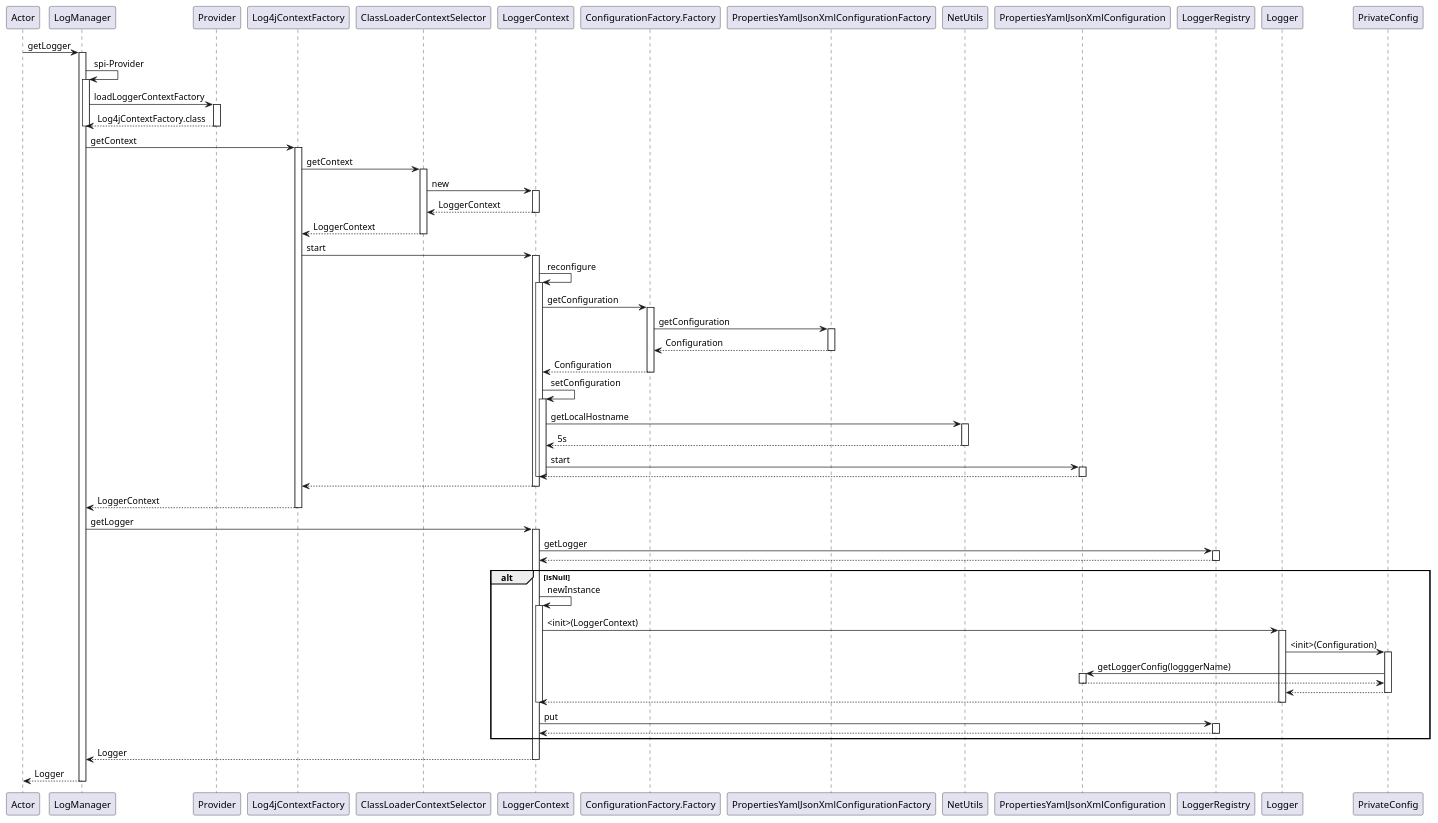
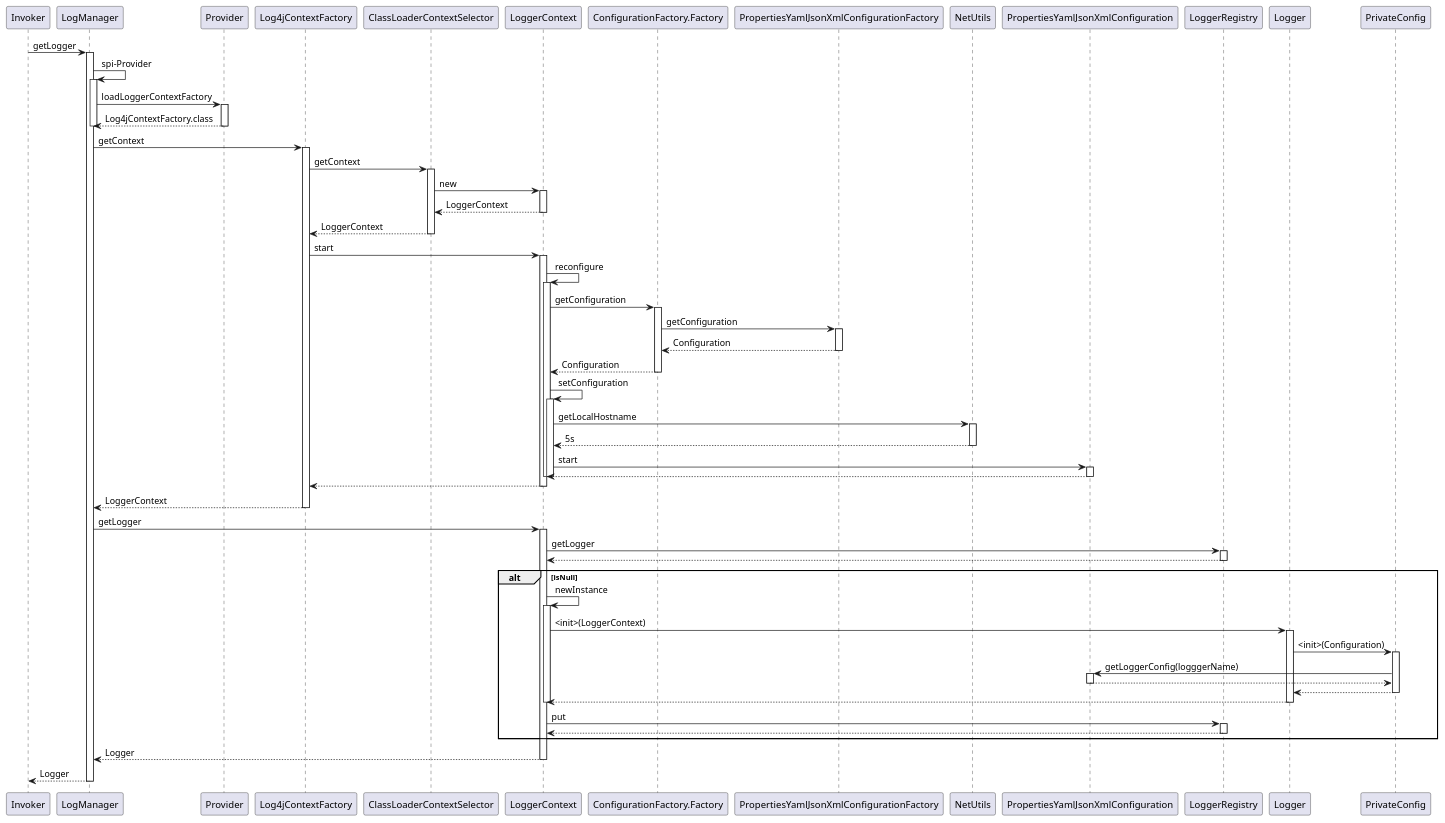
One commit to Kuojian21/kj-repo changed the diagram in kj-repo-doc/src/main/java/com/kj/repo/doc/logger/log4j2_init.puml. Above: the diagram before and after it, drawn with PlantUML. The commit also changed 13 other files, not shown here.

```diff
--- a/kj-repo-doc/src/main/java/com/kj/repo/doc/logger/log4j2_init.puml
+++ b/kj-repo-doc/src/main/java/com/kj/repo/doc/logger/log4j2_init.puml
@@ -1,101 +1,101 @@
 @startuml
-participant Actor as Actor
+participant Invoker as Invoker
 participant LogManager as LogManager
 participant Provider as Provider
 participant Log4jContextFactory as Log4jContextFactory
 participant ClassLoaderContextSelector as ClassLoaderContextSelector
 participant LoggerContext as LoggerContext
-Actor -> LogManager:getLogger
+Invoker -> LogManager:getLogger
 activate LogManager
     LogManager -> LogManager:spi-Provider
     activate LogManager
         LogManager -> Provider:loadLoggerContextFactory
         activate Provider
         Provider --> LogManager:Log4jContextFactory.class
         deactivate Provider
     deactivate LogManager
 
     LogManager -> Log4jContextFactory:getContext
     activate Log4jContextFactory
         Log4jContextFactory -> ClassLoaderContextSelector:getContext
         activate ClassLoaderContextSelector
 
             ClassLoaderContextSelector -> LoggerContext:new
             activate LoggerContext
             LoggerContext --> ClassLoaderContextSelector:LoggerContext
             deactivate LoggerContext
 
         ClassLoaderContextSelector --> Log4jContextFactory:LoggerContext
         deactivate ClassLoaderContextSelector
 
         Log4jContextFactory -> LoggerContext:start
         activate LoggerContext
 
             LoggerContext -> LoggerContext:reconfigure
             activate LoggerContext
 
                 LoggerContext -> ConfigurationFactory.Factory:getConfiguration
                 activate ConfigurationFactory.Factory
 
                     ConfigurationFactory.Factory -> PropertiesYamlJsonXmlConfigurationFactory:getConfiguration
                     activate PropertiesYamlJsonXmlConfigurationFactory
                     PropertiesYamlJsonXmlConfigurationFactory --> ConfigurationFactory.Factory:Configuration
                     deactivate PropertiesYamlJsonXmlConfigurationFactory
 
                 ConfigurationFactory.Factory --> LoggerContext:Configuration
                 deactivate ConfigurationFactory.Factory
 
                 LoggerContext -> LoggerContext:setConfiguration
                 activate LoggerContext
                     LoggerContext -> NetUtils:getLocalHostname
                     activate NetUtils
                     NetUtils --> LoggerContext:5s
                     deactivate NetUtils
 
                     LoggerContext-> PropertiesYamlJsonXmlConfiguration:start
                     activate PropertiesYamlJsonXmlConfiguration
                     PropertiesYamlJsonXmlConfiguration --> LoggerContext
                     deactivate PropertiesYamlJsonXmlConfiguration
                 deactivate LoggerContext
         deactivate LoggerContext
 
         LoggerContext --> Log4jContextFactory
         deactivate LoggerContext
     Log4jContextFactory --> LogManager:LoggerContext
     deactivate Log4jContextFactory
 
     LogManager -> LoggerContext:getLogger
     activate LoggerContext
         LoggerContext -> LoggerRegistry:getLogger
         activate LoggerRegistry
         LoggerRegistry --> LoggerContext
         deactivate LoggerRegistry
 
         alt isNull
             LoggerContext -> LoggerContext:newInstance
             activate LoggerContext
                 LoggerContext -> Logger:<init>(LoggerContext)
                 activate Logger
                     Logger -> PrivateConfig:<init>(Configuration)
                     activate PrivateConfig
                         PrivateConfig -> PropertiesYamlJsonXmlConfiguration:getLoggerConfig(logggerName)
                         activate PropertiesYamlJsonXmlConfiguration
                         PropertiesYamlJsonXmlConfiguration --> PrivateConfig
                         deactivate PropertiesYamlJsonXmlConfiguration
                     PrivateConfig --> Logger
                     deactivate PrivateConfig
                 Logger --> LoggerContext
                 deactivate Logger
             deactivate LoggerContext
 
             LoggerContext -> LoggerRegistry:put
             activate LoggerRegistry
             LoggerRegistry --> LoggerContext
             deactivate LoggerRegistry
         end
 
     LoggerContext --> LogManager:Logger
     deactivate LoggerContext
-LogManager --> Actor:Logger
+LogManager --> Invoker:Logger
 deactivate LogManager
 @enduml
```
